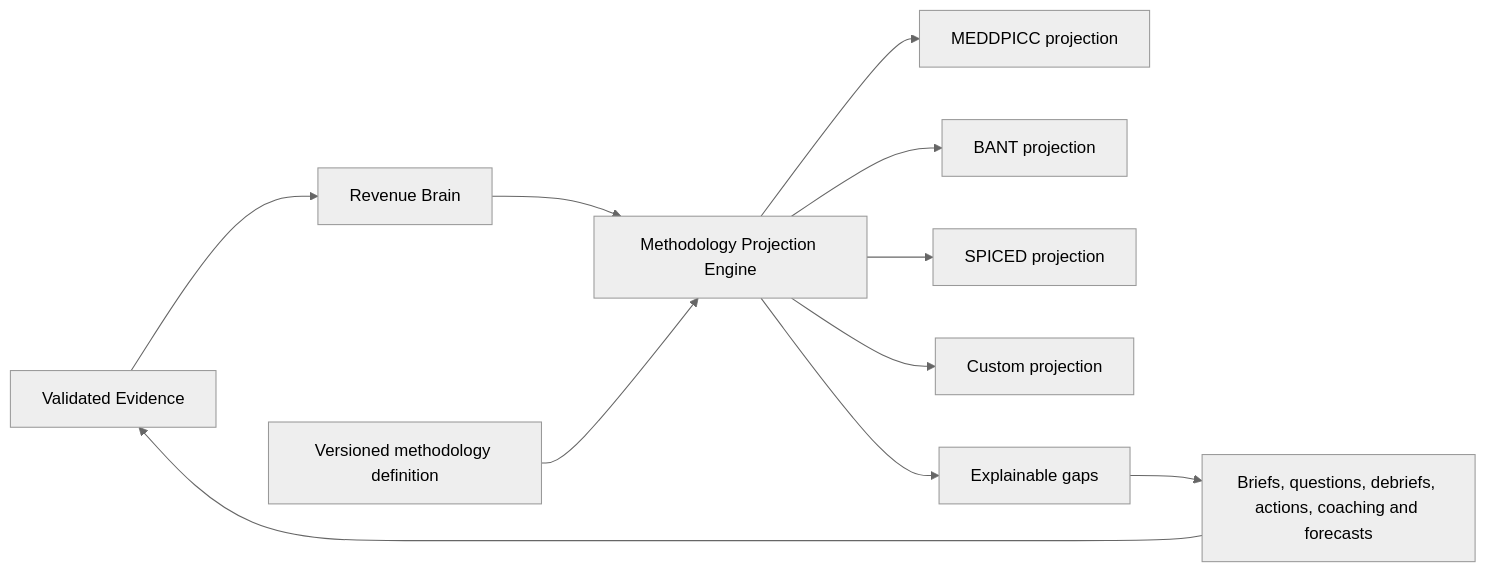
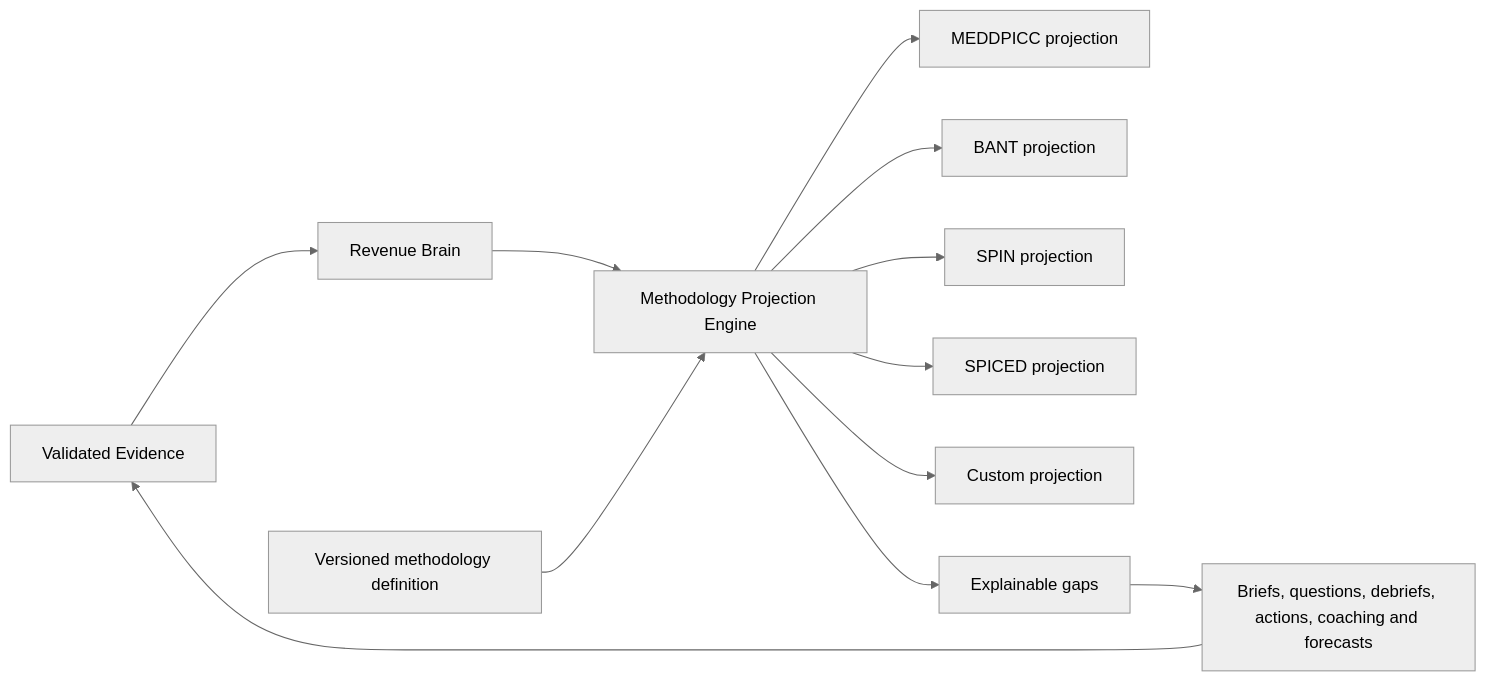
The diagram in docs/03-engineering/sales-methodology-engine-architecture.md (KevinFinnerty2205/revenueos), drawn with Mermaid (neutral theme) before and after one commit. The commit also changed other lines of this file and 265 other files, not shown here.

````diff
--- a/docs/03-engineering/sales-methodology-engine-architecture.md
+++ b/docs/03-engineering/sales-methodology-engine-architecture.md
@@ -28,13 +28,14 @@
 ```mermaid
 flowchart LR
     E["Validated Evidence"] --> B["Revenue Brain"]
     B --> P["Methodology Projection Engine"]
     D["Versioned methodology definition"] --> P
     P --> M1["MEDDPICC projection"]
     P --> M2["BANT projection"]
-    P --> M3["SPICED projection"]
+    P --> M3["SPIN projection"]
+    P --> M4["SPICED projection"]
     P --> MC["Custom projection"]
     P --> G["Explainable gaps"]
     G --> W["Briefs, questions, debriefs, actions, coaching and forecasts"]
     W --> E
 ```
````
